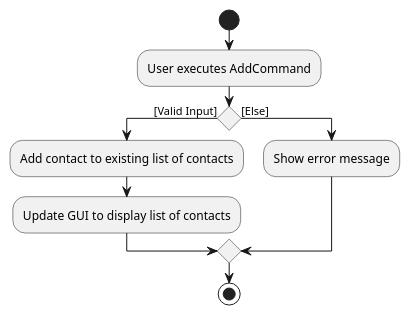
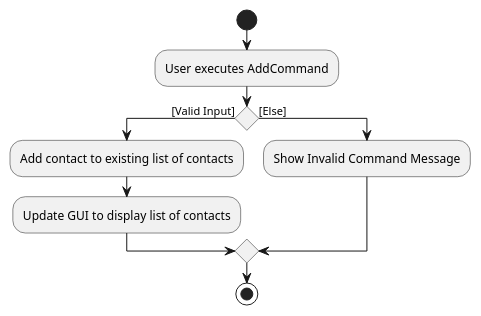
Before and after one commit to nus-cs2103-AY2122S1/tp: the diagram in docs/diagrams/UpdatedAddCommand.puml, drawn with PlantUML. The commit also changed 4 other files, not shown here.

Commit message:
Add AddCommand Sequence Diagram

```diff
--- a/docs/diagrams/UpdatedAddCommand.puml
+++ b/docs/diagrams/UpdatedAddCommand.puml
@@ -1,12 +1,12 @@
 @startuml
 start
 :User executes AddCommand;
 
 if () is ([Valid Input]) then
 :Add contact to existing list of contacts;
 :Update GUI to display list of contacts;
 else ([Else])
-:Show error message;
+:Show Invalid Command Message;
 endif
 stop
 @enduml
```
